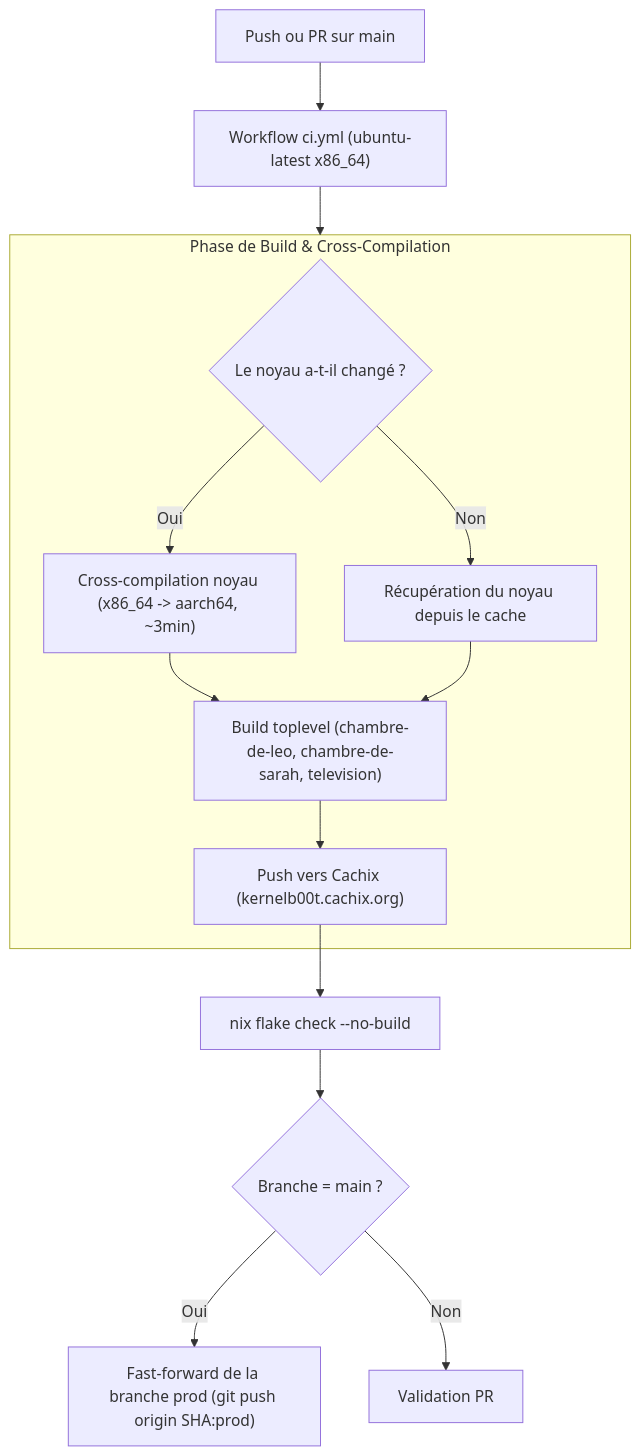
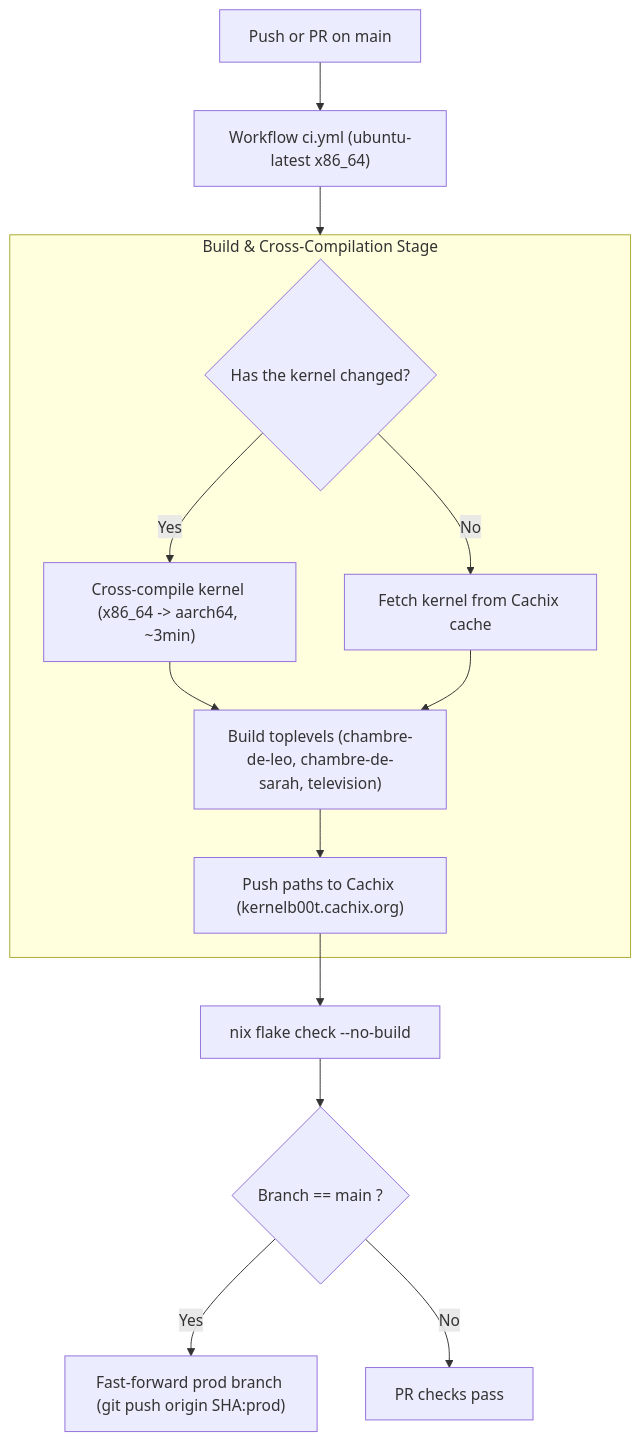
Before and after one commit to kernelb00t/nix-pi-audio: the diagram in spec/06-ci-cd-and-upgrade-lifecycle.md, drawn with Mermaid. The commit also changed other lines of this file and 7 other files, not shown here.

````diff
--- a/spec/06-ci-cd-and-upgrade-lifecycle.md
+++ b/spec/06-ci-cd-and-upgrade-lifecycle.md
@@ -19,22 +19,22 @@
 ```mermaid
 flowchart TD
-    PR["Push ou PR sur main"] --> CI["Workflow ci.yml (ubuntu-latest x86_64)"]
+    PR["Push or PR on main"] --> CI["Workflow ci.yml (ubuntu-latest x86_64)"]
     
-    subgraph Build["Phase de Build & Cross-Compilation"]
-        K_CHECK{"Le noyau a-t-il changé ?"}
-        K_CHECK -->|"Oui"| K_BUILD["Cross-compilation noyau (x86_64 -> aarch64, ~3min)"]
-        K_CHECK -->|"Non"| K_CACHE["Récupération du noyau depuis le cache"]
+    subgraph Build["Build & Cross-Compilation Stage"]
+        K_CHECK{"Has the kernel changed?"}
+        K_CHECK -->|"Yes"| K_BUILD["Cross-compile kernel (x86_64 -> aarch64, ~3min)"]
+        K_CHECK -->|"No"| K_CACHE["Fetch kernel from Cachix cache"]
         
-        K_BUILD --> SYS_BUILD["Build toplevel (chambre-de-leo, chambre-de-sarah, television)"]
+        K_BUILD --> SYS_BUILD["Build toplevels (chambre-de-leo, chambre-de-sarah, television)"]
         K_CACHE --> SYS_BUILD
         
-        SYS_BUILD --> CACHIX["Push vers Cachix (kernelb00t.cachix.org)"]
+        SYS_BUILD --> CACHIX["Push paths to Cachix (kernelb00t.cachix.org)"]
     end
     
     CI --> Build
     CACHIX --> TEST["nix flake check --no-build"]
     
-    TEST --> PROMOTE{"Branche = main ?"}
-    PROMOTE -->|"Oui"| FF_PROD["Fast-forward de la branche prod (git push origin SHA:prod)"]
-    PROMOTE -->|"Non"| FINISH["Validation PR"]
+    TEST --> PROMOTE{"Branch == main ?"}
+    PROMOTE -->|"Yes"| FF_PROD["Fast-forward prod branch (git push origin SHA:prod)"]
+    PROMOTE -->|"No"| FINISH["PR checks pass"]
 ```
````
